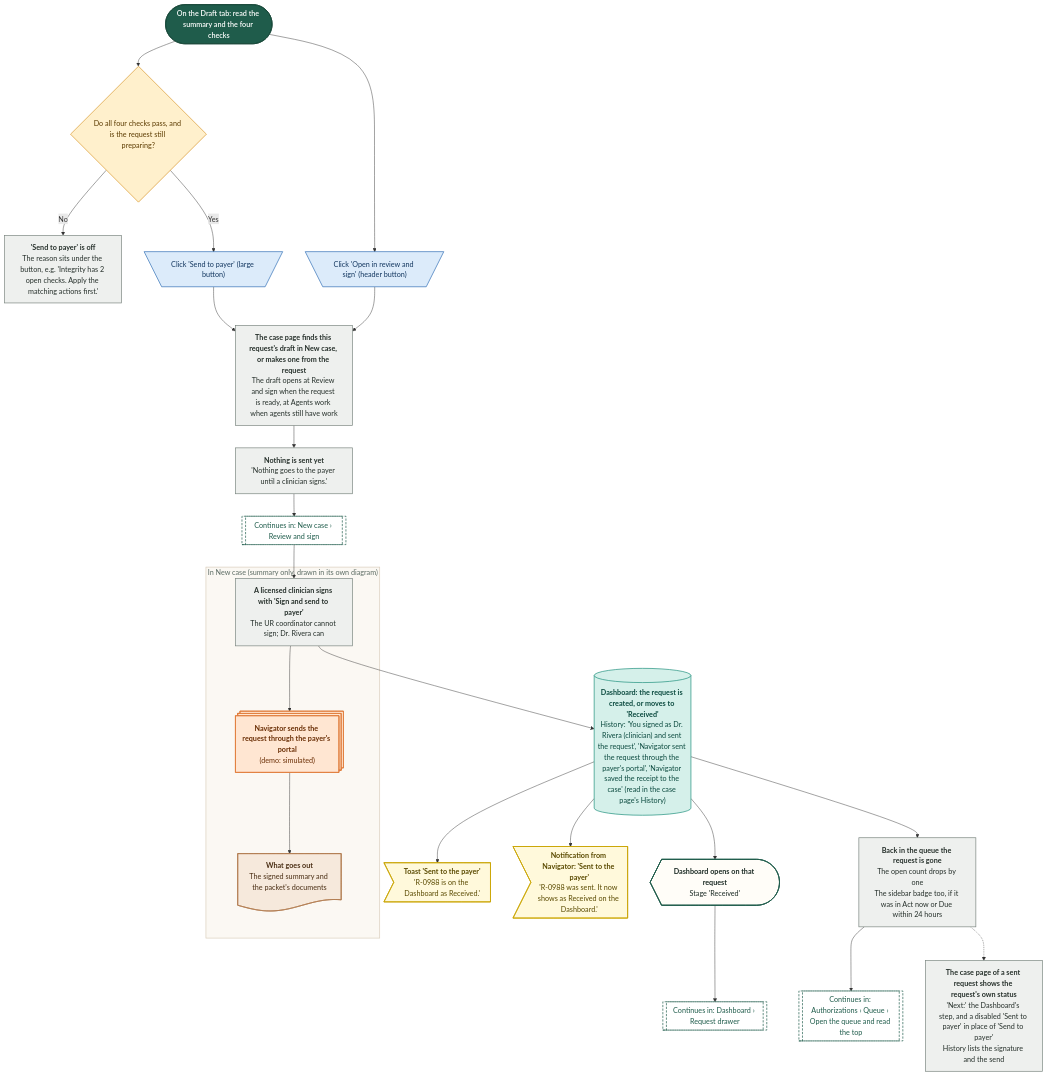
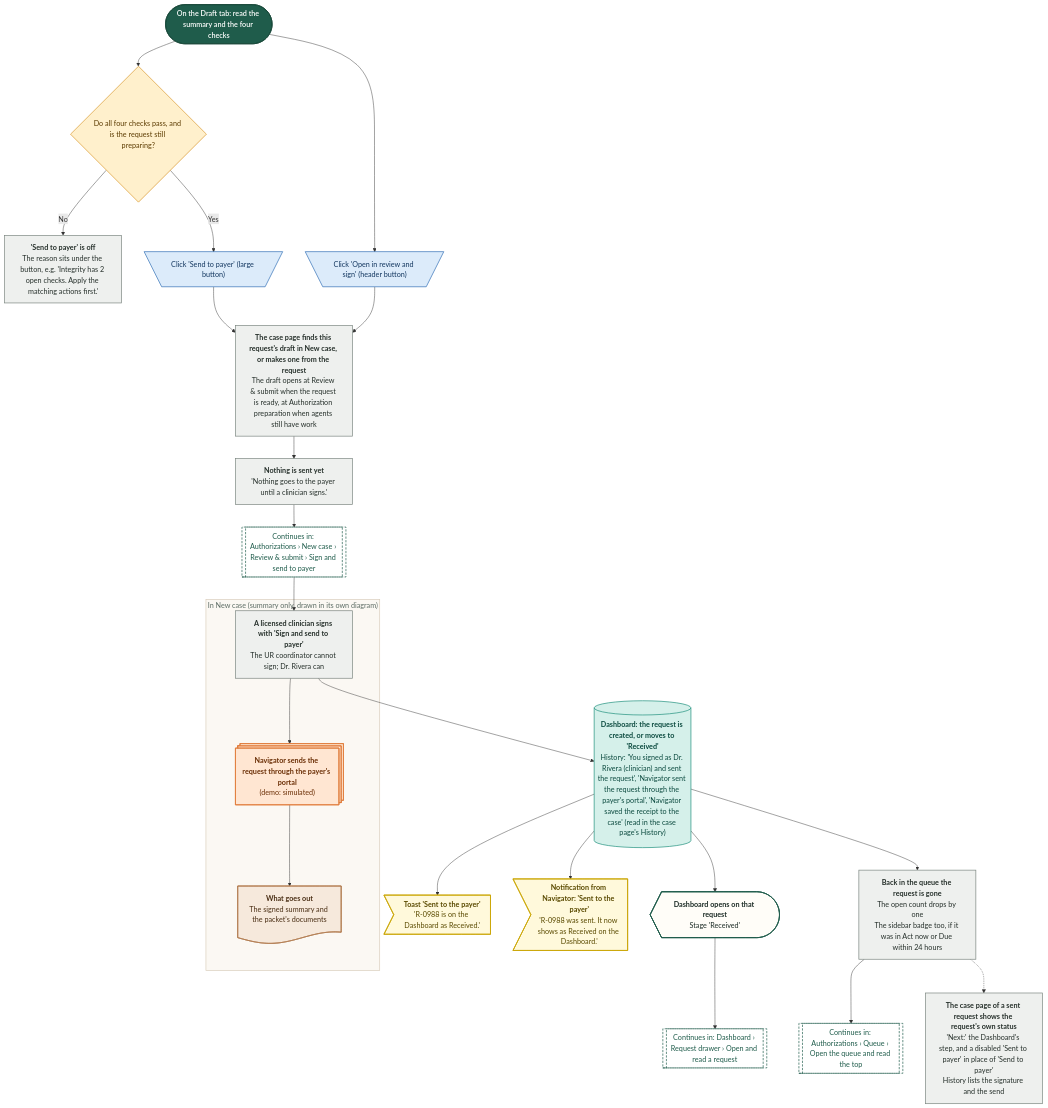
Before and after one commit to Shrav143/psyfloapp: diagram 31 of 33 in demos/prior-auth-demo/workflows/out/md/03-authorizations.md, drawn with Mermaid. The commit also changed other lines of this file and 251 other files, not shown here.

First line of the commit message:
docs: rebuild the workflow diagrams (291) for round 4

````diff
--- a/demos/prior-auth-demo/workflows/out/md/03-authorizations.md
+++ b/demos/prior-auth-demo/workflows/out/md/03-authorizations.md
@@ -2187,64 +2443,64 @@
 ```mermaid
 %%{init: {"theme":"base","themeVariables":{"fontFamily":"'DM Sans', 'Segoe UI', system-ui, sans-serif","fontSize":"15px","lineColor":"#5B6B63","primaryTextColor":"#1C2B25","clusterBkg":"#FBF8F3","clusterBorder":"#D9CDBB","edgeLabelBackground":"#FFFFFF"},"flowchart":{"curve":"basis","nodeSpacing":36,"rankSpacing":48,"padding":12,"htmlLabels":true,"useMaxWidth":false,"wrappingWidth":230}} }%%
 flowchart TD
   classDef k_start fill:#1F5C4B,stroke:#174638,color:#FFFFFF,stroke-width:1.5px,font-weight:600
   classDef k_end fill:#DDEFE3,stroke:#2E7D4F,color:#14502F,stroke-width:1.5px,font-weight:600
   classDef k_endx fill:#FBE3E0,stroke:#C0392B,color:#7A1F16,stroke-width:1.5px,font-weight:600
   classDef k_screen fill:#FFFDF8,stroke:#1F5C4B,color:#1C2B25,stroke-width:2px
   classDef k_overlay fill:#F1F7F3,stroke:#1F5C4B,color:#1C2B25,stroke-width:2px,stroke-dasharray:5 3
   classDef k_click fill:#DCEBFA,stroke:#2F6DB5,color:#12365F,stroke-width:1.5px
   classDef k_input fill:#E4E7FF,stroke:#4C5FD5,color:#1D2670,stroke-width:1.5px
   classDef k_process fill:#EEF0EE,stroke:#7A857F,color:#26302B,stroke-width:1.5px
   classDef k_agent fill:#EEE5FA,stroke:#7A4FC2,color:#341A63,stroke-width:1.5px
   classDef k_decision fill:#FFF0CC,stroke:#D9962B,color:#5C3B00,stroke-width:1.5px
   classDef k_store fill:#D5F0EA,stroke:#1C8E7B,color:#0B4A3F,stroke-width:1.5px
   classDef k_doc fill:#F6E9DC,stroke:#B07A4C,color:#4A2E14,stroke-width:1.5px
   classDef k_ext fill:#FFE6D2,stroke:#E07B39,color:#6B2F06,stroke-width:1.5px
   classDef k_wait fill:#E4E8EE,stroke:#6B7C93,color:#26303D,stroke-width:1.5px
   classDef k_toast fill:#FFF9DB,stroke:#C9A400,color:#5A4A00,stroke-width:1.5px
   classDef k_goto fill:#FFFFFF,stroke:#1F5C4B,color:#1F5C4B,stroke-width:1.5px,stroke-dasharray:5 3
   s1@{ shape: stadium, label: "On the Draft tab: read the summary and the four checks" }
   dc@{ shape: diam, label: "Do all four checks pass, and is the request still preparing?" }
   off@{ shape: rect, label: "<b>'Send to payer' is off</b><br/>The reason sits under the button, e.g. 'Integrity has 2 open checks. Apply the matching actions first.'" }
   sp@{ shape: trap-t, label: "Click 'Send to payer' (large button)" }
   os@{ shape: trap-t, label: "Click 'Open in review and sign' (header button)" }
-  rp@{ shape: rect, label: "<b>The case page finds this request's draft in New case, or makes one from the request</b><br/>The draft opens at Review and sign when the request is ready, at Agents work when agents still have work" }
+  rp@{ shape: rect, label: "<b>The case page finds this request's draft in New case, or makes one from the request</b><br/>The draft opens at Review & submit when the request is ready, at Authorization preparation when agents still have work" }
   ns@{ shape: rect, label: "<b>Nothing is sent yet</b><br/>'Nothing goes to the payer until a clinician signs.'" }
-  gR@{ shape: subproc, label: "Continues in: New case › Review and sign" }
+  gR@{ shape: subproc, label: "Continues in: Authorizations › New case › Review & submit › Sign and send to payer" }
   subgraph gSign ["In New case (summary only, drawn in its own diagram)"]
   sg@{ shape: rect, label: "<b>A licensed clinician signs with 'Sign and send to payer'</b><br/>The UR coordinator cannot sign; Dr. Rivera can" }
   py@{ shape: st-rect, label: "<b>Navigator sends the request through the payer's portal</b><br/>(demo: simulated)" }
   pk@{ shape: doc, label: "<b>What goes out</b><br/>The signed summary and the packet's documents" }
   end
   rq@{ shape: cyl, label: "<b>Dashboard: the request is created, or moves to 'Received'</b><br/>History: 'You signed as Dr. Rivera (clinician) and sent the request', 'Navigator sent the request through the payer's portal', 'Navigator saved the receipt to the case' (read in the case page's History)" }
   tt@{ shape: odd, label: "<b>Toast 'Sent to the payer'</b><br/>'R-0988 is on the Dashboard as Received.'" }
   nt@{ shape: odd, label: "<b>Notification from Navigator: 'Sent to the payer'</b><br/>'R-0988 was sent. It now shows as Received on the Dashboard.'" }
   db@{ shape: curv-trap, label: "<b>Dashboard opens on that request</b><br/>Stage 'Received'" }
   qg@{ shape: rect, label: "<b>Back in the queue the request is gone</b><br/>The open count drops by one<br/>The sidebar badge too, if it was in Act now or Due within 24 hours" }
   cp@{ shape: rect, label: "<b>The case page of a sent request shows the request's own status</b><br/>'Next:' the Dashboard's step, and a disabled 'Sent to payer' in place of 'Send to payer'<br/>History lists the signature and the send" }
-  gD@{ shape: subproc, label: "Continues in: Dashboard › Request drawer" }
+  gD@{ shape: subproc, label: "Continues in: Dashboard › Request drawer › Open and read a request" }
   gQ@{ shape: subproc, label: "Continues in: Authorizations › Queue › Open the queue and read the top" }
   s1 --> dc
   dc -->|"No"| off
   dc -->|"Yes"| sp --> rp
   s1 --> os --> rp
   rp --> ns --> gR
   gR --> sg --> py --> pk
   sg --> rq
   rq --> tt
   rq --> nt
   rq --> db --> gD
   rq --> qg --> gQ
   qg -.-> cp
   class s1 k_start
   class dc k_decision
   class off,rp,ns,sg,qg,cp k_process
   class sp,os k_click
   class gR,gD,gQ k_goto
   class py k_ext
   class pk k_doc
   class rq k_store
   class tt,nt k_toast
   class db k_screen
   style gSign fill:#FBF8F3,stroke:#D9CDBB,stroke-width:1.5px,color:#5B6B63
 ```
````
